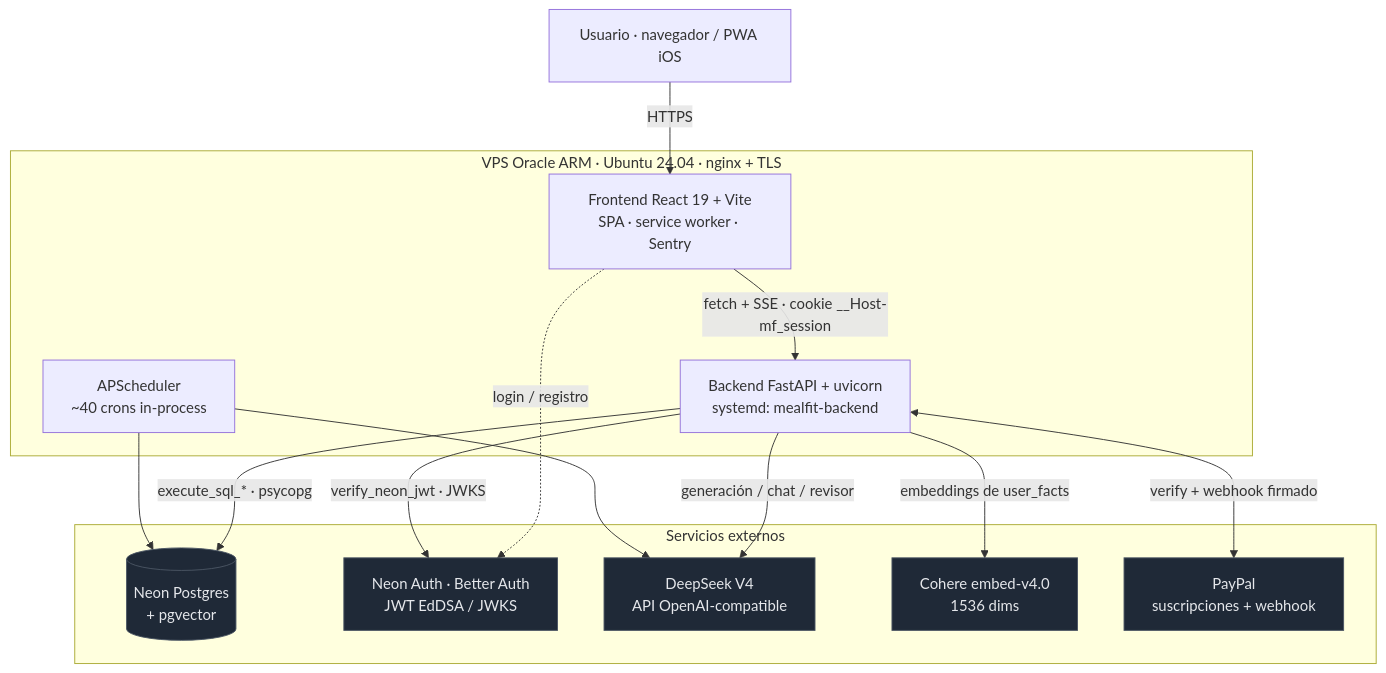
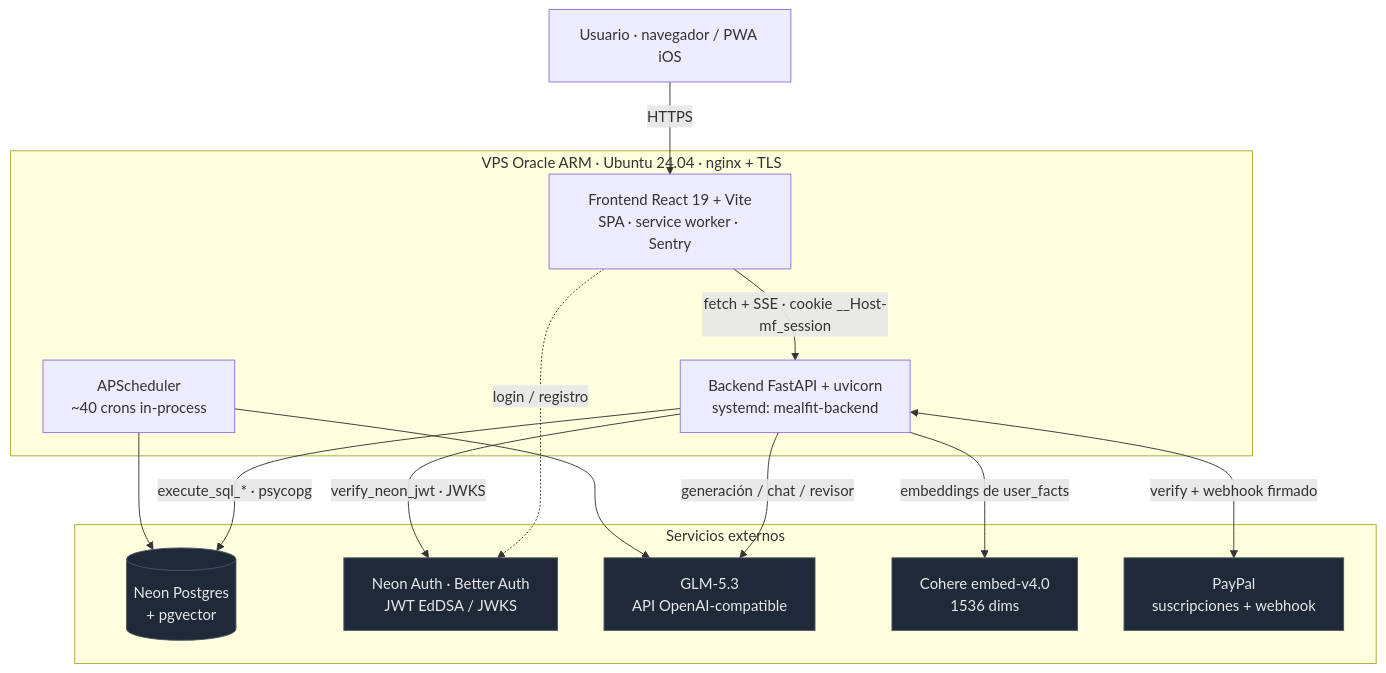
Before and after one commit to fuegoservicios-lab/MealfitRD-Backend: the first of 7 diagrams in docs/system_overview.md, drawn with Mermaid. The commit also changed other lines of this file and 135 other files, not shown here.

````diff
--- a/docs/system_overview.md
+++ b/docs/system_overview.md
@@ -15,32 +15,32 @@
 ```mermaid
 flowchart TB
     U["Usuario · navegador / PWA iOS"]
 
     subgraph VPS["VPS Oracle ARM · Ubuntu 24.04 · nginx + TLS"]
         FE["Frontend React 19 + Vite<br/>SPA · service worker · Sentry"]
         BE["Backend FastAPI + uvicorn<br/>systemd: mealfit-backend"]
         CR["APScheduler<br/>~40 crons in-process"]
     end
 
     subgraph EXT["Servicios externos"]
         NEON[("Neon Postgres<br/>+ pgvector")]
         NAUTH["Neon Auth · Better Auth<br/>JWT EdDSA / JWKS"]
-        DS["DeepSeek V4<br/>API OpenAI-compatible"]
+        DS["GLM-5.3<br/>API OpenAI-compatible"]
         CO["Cohere embed-v4.0<br/>1536 dims"]
         PP["PayPal<br/>suscripciones + webhook"]
     end
 
     U -->|"HTTPS"| FE
     FE -->|"fetch + SSE · cookie __Host-mf_session"| BE
     FE -.->|"login / registro"| NAUTH
     BE -->|"verify_neon_jwt · JWKS"| NAUTH
     BE -->|"execute_sql_* · psycopg"| NEON
     BE -->|"generación / chat / revisor"| DS
     BE -->|"embeddings de user_facts"| CO
     BE <-->|"verify + webhook firmado"| PP
     CR --> NEON
     CR --> DS
 
     classDef ext fill:#1f2937,stroke:#4b5563,color:#e5e7eb
     class NEON,NAUTH,DS,CO,PP ext
 ```
````
